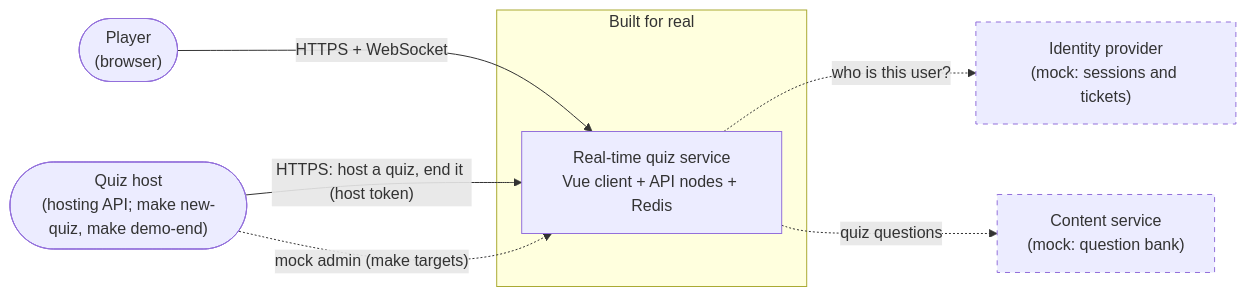
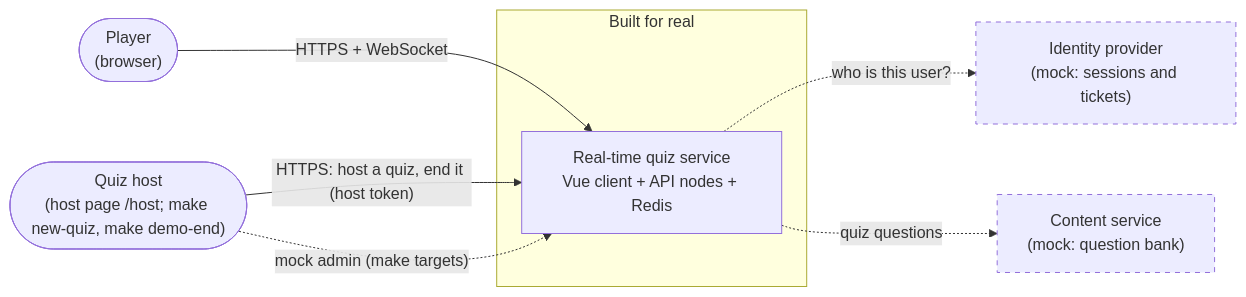
The first of 3 diagrams in DESIGN.md (kobars/realtime-vocab-quiz), drawn with Mermaid before and after one commit. The commit also changed other lines of this file and 2 other files, not shown here.

First line of the commit message:
Name the host page now that it is on main

````diff
--- a/DESIGN.md
+++ b/DESIGN.md
@@ -121,17 +123,17 @@
 ```mermaid
 flowchart LR
     player(["Player<br/>(browser)"])
-    host(["Quiz host<br/>(hosting API; make new-quiz, make demo-end)"])
+    host(["Quiz host<br/>(host page /host; make new-quiz, make demo-end)"])
     subgraph built["Built for real"]
         quiz["Real-time quiz service<br/>Vue client + API nodes + Redis"]
     end
     idp["Identity provider<br/>(mock: sessions and tickets)"]
     content["Content service<br/>(mock: question bank)"]
     player -- "HTTPS + WebSocket" --> quiz
     host -- "HTTPS: host a quiz, end it (host token)" --> quiz
     host -. "mock admin (make targets)" .-> quiz
     quiz -. "who is this user?" .-> idp
     quiz -. "quiz questions" .-> content
     classDef mock stroke-dasharray: 5 5
     class idp,content mock
 ```
````
